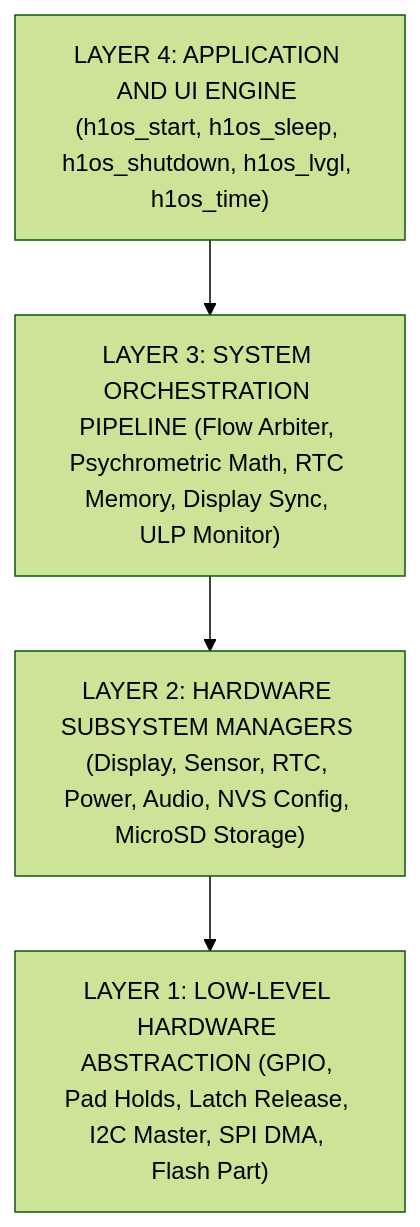
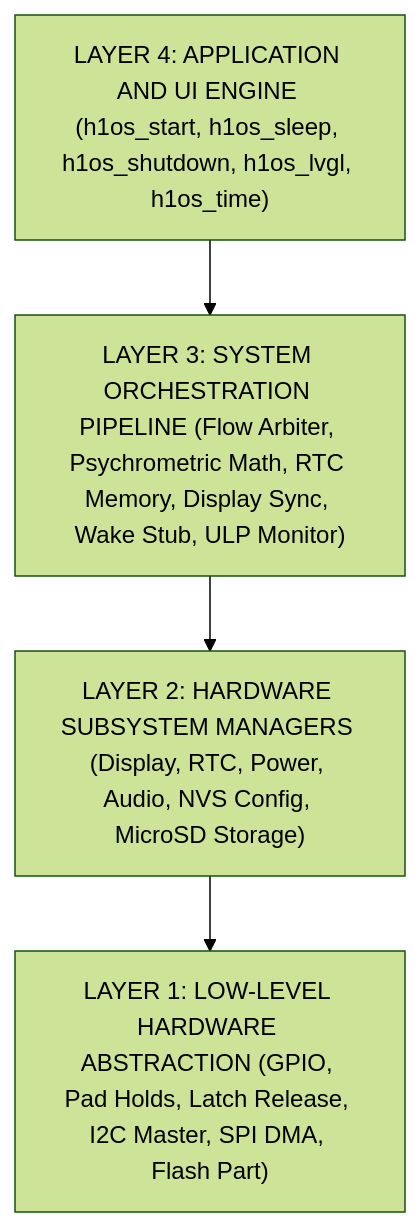
One commit to Humidyne-Labs/H1OS changed the diagram in docs/architecture/A1_master_blueprint.md. Above: the diagram before and after it, drawn with Mermaid (forest theme). The commit also changed other lines of this file and 39 other files, not shown here.

````diff
--- a/docs/architecture/A1_master_blueprint.md
+++ b/docs/architecture/A1_master_blueprint.md
@@ -13,10 +13,10 @@
 ```mermaid
 graph TD;
     L4["LAYER 4: APPLICATION AND UI ENGINE (h1os_start, h1os_sleep, h1os_shutdown, h1os_lvgl, h1os_time)"];
-    L3["LAYER 3: SYSTEM ORCHESTRATION PIPELINE (Flow Arbiter, Psychrometric Math, RTC Memory, Display Sync, ULP Monitor)"];
-    L2["LAYER 2: HARDWARE SUBSYSTEM MANAGERS (Display, Sensor, RTC, Power, Audio, NVS Config, MicroSD Storage)"];
+    L3["LAYER 3: SYSTEM ORCHESTRATION PIPELINE (Flow Arbiter, Psychrometric Math, RTC Memory, Display Sync, Wake Stub, ULP Monitor)"];
+    L2["LAYER 2: HARDWARE SUBSYSTEM MANAGERS (Display, RTC, Power, Audio, NVS Config, MicroSD Storage)"];
     L1["LAYER 1: LOW-LEVEL HARDWARE ABSTRACTION (GPIO, Pad Holds, Latch Release, I2C Master, SPI DMA, Flash Part)"];
     L4-->L3;
     L3-->L2;
     L2-->L1;
 ```
````
